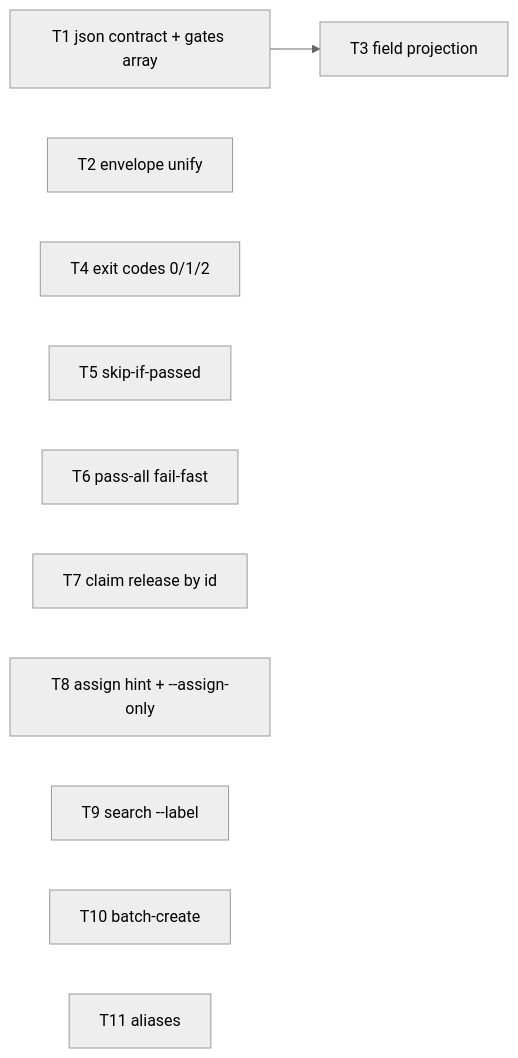
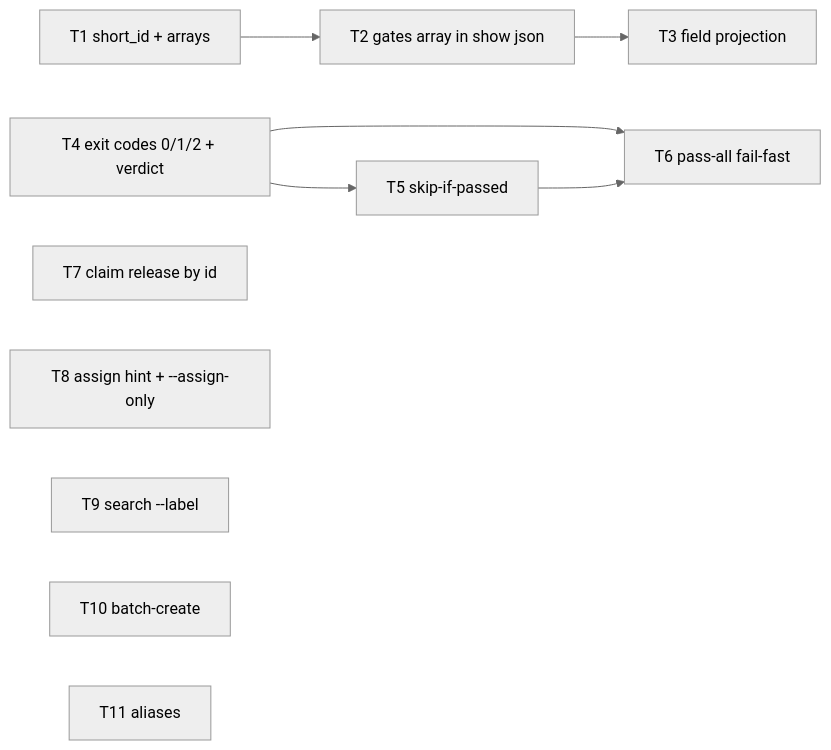
One commit to erankavija/just-in-time changed the diagram in dev/active/53e3fa36-c0cb-4206-8e8e-0a21aafb213e-plan.md. Above: the diagram before and after it, drawn with Mermaid (neutral theme). The commit also changed other lines of this file, not shown here.

````diff
--- a/dev/active/53e3fa36-c0cb-4206-8e8e-0a21aafb213e-plan.md
+++ b/dev/active/53e3fa36-c0cb-4206-8e8e-0a21aafb213e-plan.md
@@ -80,13 +84,13 @@
 ```mermaid
 flowchart LR
-  T1[T1 json contract + gates array] --> T3[T3 field projection]
-  T2[T2 envelope unify]
-  T4[T4 exit codes 0/1/2]
-  T5[T5 skip-if-passed]
-  T6[T6 pass-all fail-fast]
+  T1[T1 short_id + arrays] --> T2[T2 gates array in show json]
+  T2 --> T3[T3 field projection]
+  T4[T4 exit codes 0/1/2 + verdict] --> T5[T5 skip-if-passed]
+  T4 --> T6[T6 pass-all fail-fast]
+  T5 --> T6
   T7[T7 claim release by id]
   T8[T8 assign hint + --assign-only]
   T9[T9 search --label]
   T10[T10 batch-create]
   T11[T11 aliases]
 ```
````
